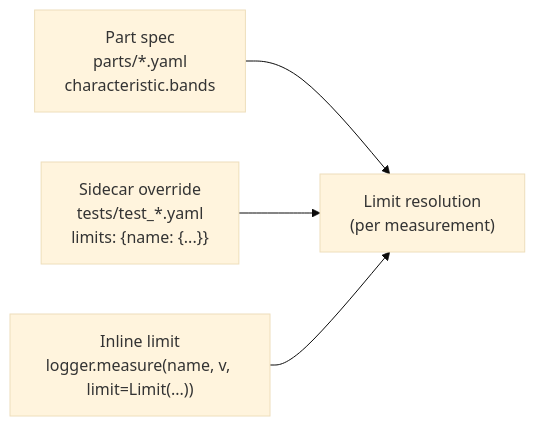
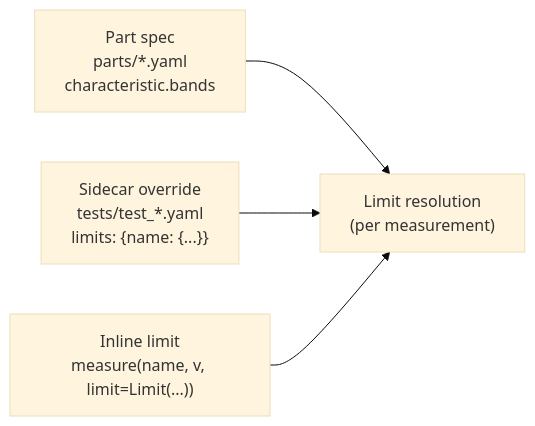
Before and after one commit to pragmatest-dev/testerkit: the sixth of 9 diagrams in docs/concepts/overview/architecture.md, drawn with Mermaid (base theme). The commit also changed other lines of this file and 31 other files, not shown here.

First line of the commit message:
docs: migrate user-facing logger -> measure verb; drop deleted record refs

````diff
--- a/docs/concepts/overview/architecture.md
+++ b/docs/concepts/overview/architecture.md
@@ -264,10 +264,10 @@
 ```mermaid
 flowchart LR
     A["Part spec<br/>parts/*.yaml<br/>characteristic.bands"]
     B["Sidecar override<br/>tests/test_*.yaml<br/>limits: {name: {...}}"]
-    C["Inline limit<br/>logger.measure(name, v, limit=Limit(...))"]
+    C["Inline limit<br/>measure(name, v, limit=Limit(...))"]
     R["Limit resolution<br/>(per measurement)"]
     A --> R
     B --> R
     C --> R
 ```
````
